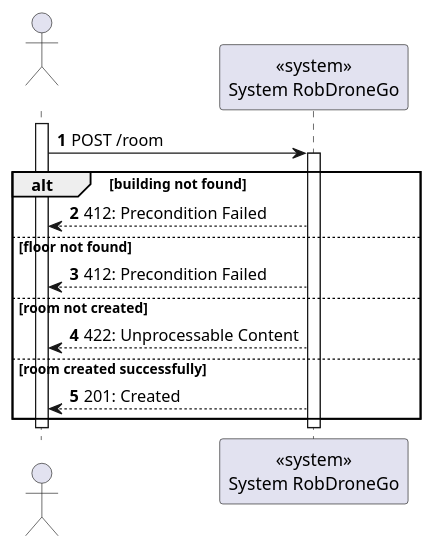
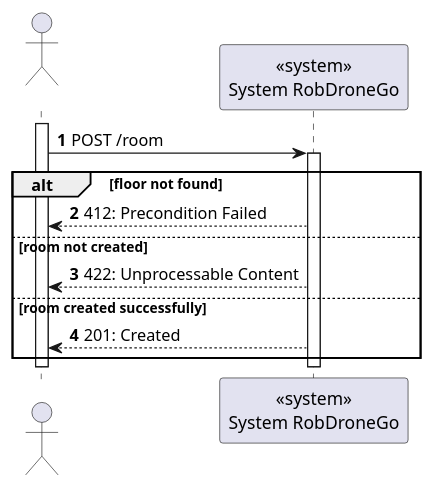
Before and after one commit to Departamento-de-Engenharia-Informatica/lapr5-23-24-g19: the diagram in docs/us310/level1/process_view.puml, drawn with PlantUML. The commit also changed 2 other files, not shown here.

```diff
--- a/docs/us310/level1/process_view.puml
+++ b/docs/us310/level1/process_view.puml
@@ -1,24 +1,22 @@
 @startuml
 autonumber
 
 actor " " as actor
 participant "<<system>>\nSystem RobDroneGo" as sys
 
 activate actor
     actor -> sys: POST /room
     activate sys
 
-    alt building not found
-        sys --> actor : 412: Precondition Failed
-    else floor not found
+    alt floor not found
         sys --> actor : 412: Precondition Failed
     else room not created
         sys --> actor : 422: Unprocessable Content
     else room created successfully
         sys --> actor : 201: Created
     end
 
     deactivate sys
 deactivate actor
 
 @enduml
```
